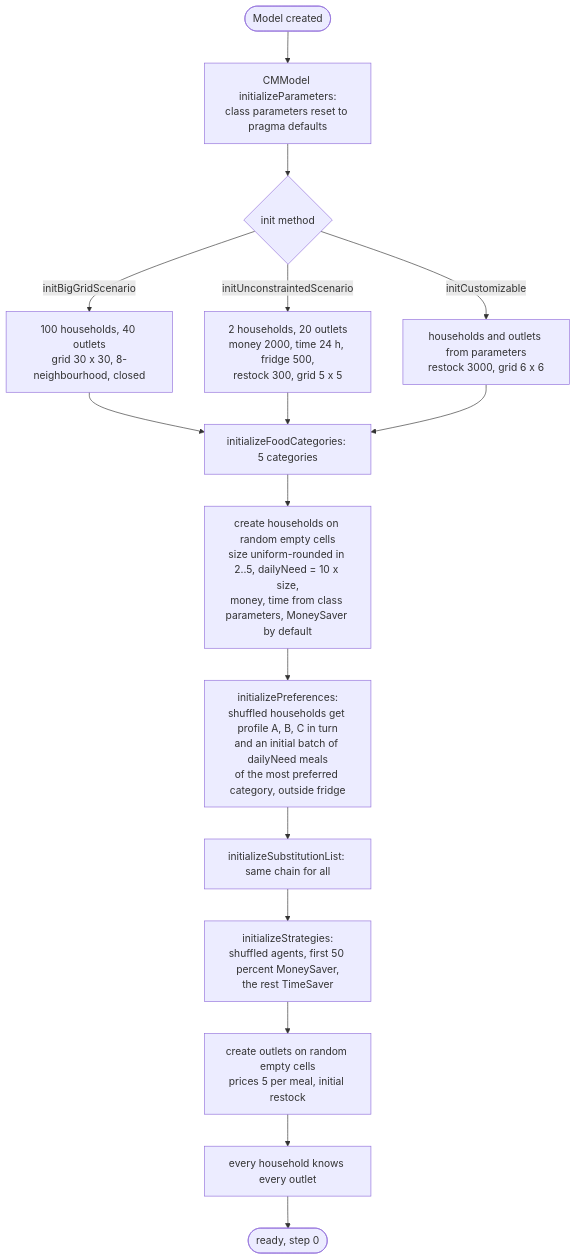
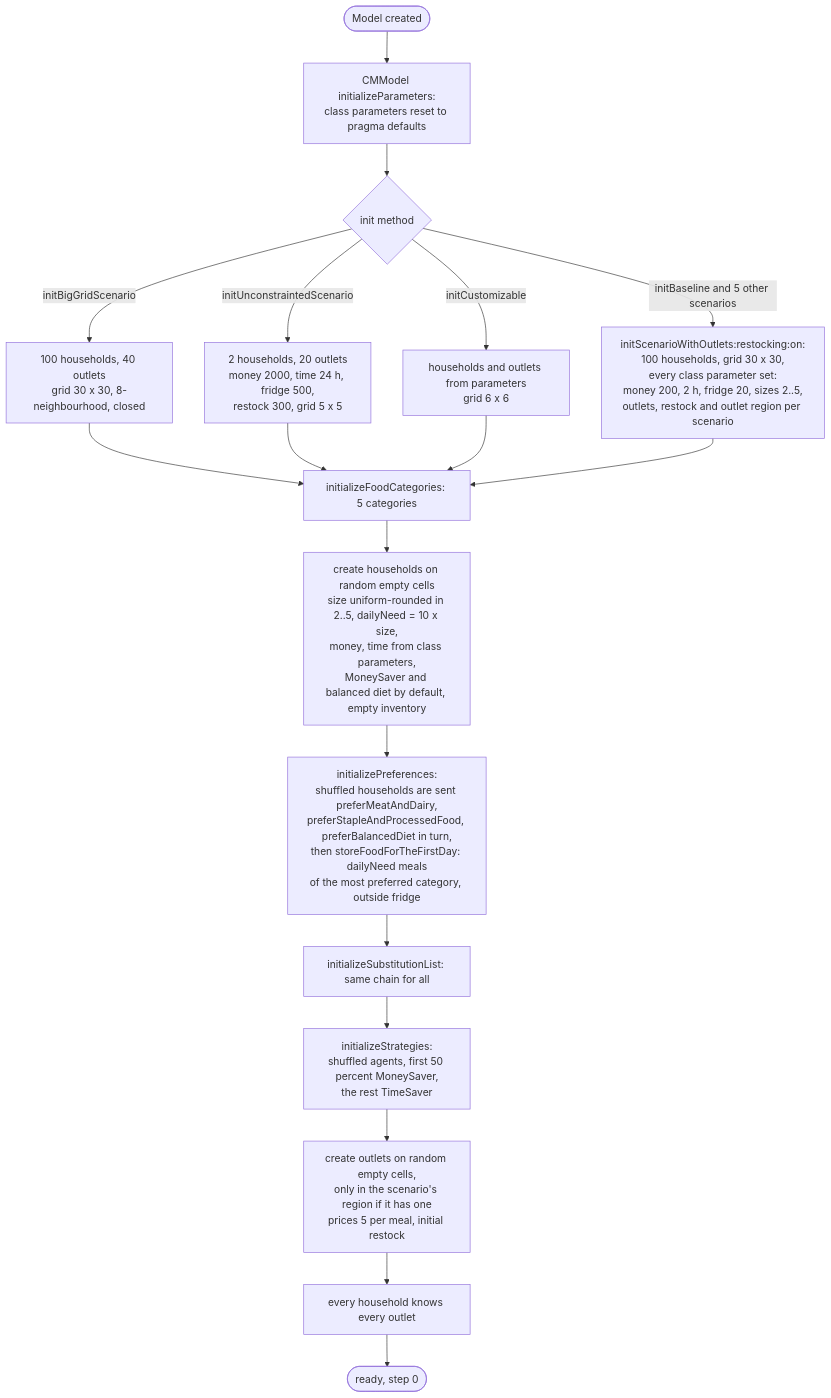
Before and after one commit to JoaquinAmeller/amaea-model: the diagram in odd-from-code/img/14-initialization.mmd, drawn with Mermaid. The commit also changed 10 other files, not shown here.

```diff
--- a/odd-from-code/img/14-initialization.mmd
+++ b/odd-from-code/img/14-initialization.mmd
@@ -1,16 +1,18 @@
 flowchart TD
     A([Model created]) --> B[CMModel initializeParameters:<br/>class parameters reset to pragma defaults]
     B --> C{init method}
     C -- initBigGridScenario --> D1[100 households, 40 outlets<br/>grid 30 x 30, 8-neighbourhood, closed]
     C -- initUnconstraintedScenario --> D2[2 households, 20 outlets<br/>money 2000, time 24 h, fridge 500,<br/>restock 300, grid 5 x 5]
-    C -- initCustomizable --> D3[households and outlets from parameters<br/>restock 3000, grid 6 x 6]
+    C -- initCustomizable --> D3[households and outlets from parameters<br/>grid 6 x 6]
+    C -- "initBaseline and 5 other scenarios" --> D4[initScenarioWithOutlets:restocking:on:<br/>100 households, grid 30 x 30,<br/>every class parameter set:<br/>money 200, 2 h, fridge 20, sizes 2..5,<br/>outlets, restock and outlet region per scenario]
     D1 --> E[initializeFoodCategories: 5 categories]
     D2 --> E
     D3 --> E
-    E --> F[create households on random empty cells<br/>size uniform-rounded in 2..5, dailyNeed = 10 x size,<br/>money, time from class parameters, MoneySaver by default]
-    F --> G[initializePreferences:<br/>shuffled households get profile A, B, C in turn<br/>and an initial batch of dailyNeed meals<br/>of the most preferred category, outside fridge]
+    D4 --> E
+    E --> F[create households on random empty cells<br/>size uniform-rounded in 2..5, dailyNeed = 10 x size,<br/>money, time from class parameters,<br/>MoneySaver and balanced diet by default, empty inventory]
+    F --> G[initializePreferences:<br/>shuffled households are sent preferMeatAndDairy,<br/>preferStapleAndProcessedFood, preferBalancedDiet in turn,<br/>then storeFoodForTheFirstDay: dailyNeed meals<br/>of the most preferred category, outside fridge]
     G --> H[initializeSubstitutionList: same chain for all]
     H --> I[initializeStrategies:<br/>shuffled agents, first 50 percent MoneySaver,<br/>the rest TimeSaver]
-    I --> J[create outlets on random empty cells<br/>prices 5 per meal, initial restock]
+    I --> J[create outlets on random empty cells,<br/>only in the scenario's region if it has one<br/>prices 5 per meal, initial restock]
     J --> K[every household knows every outlet]
     K --> Z([ready, step 0])
```
